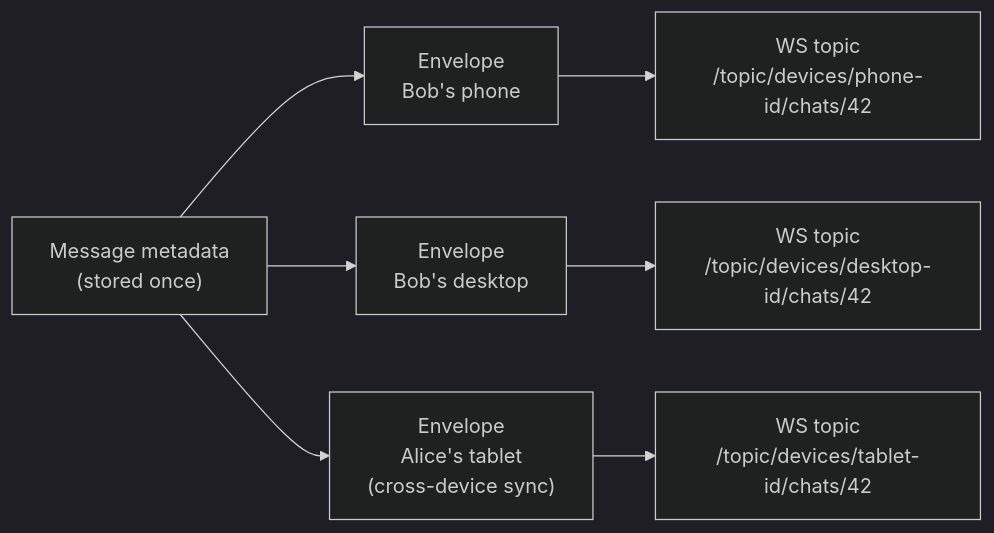
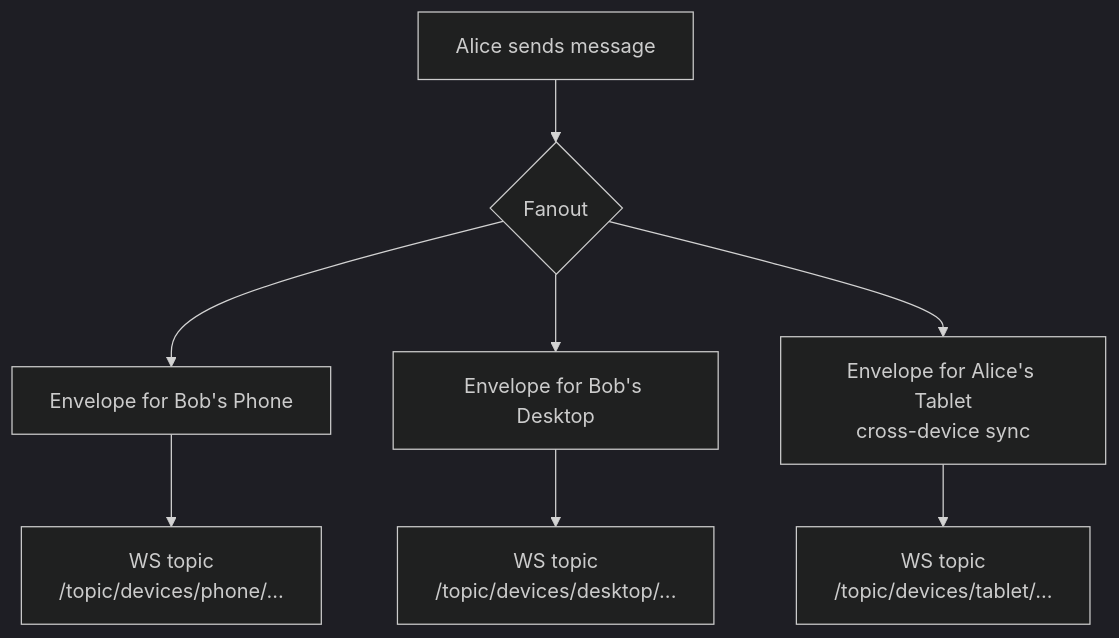
Before and after one commit to vaazhen/chaos-e2ee-messenger: the fourth of 4 diagrams in README.md, drawn with Mermaid (dark theme). The commit also changed other lines of this file and 1 other file, not shown here.

Commit message:
docs: add Mermaid architecture, E2EE flow, and deployment diagrams to README

````diff
--- a/README.md
+++ b/README.md
@@ -347,10 +322,10 @@
 ```mermaid
-flowchart LR
-    M["Message metadata\n(stored once)"] --> E1["Envelope\nBob's phone"]
-    M --> E2["Envelope\nBob's desktop"]
-    M --> E3["Envelope\nAlice's tablet\n(cross-device sync)"]
-
-    E1 --> WS1["WS topic\n/topic/devices/phone-id/chats/42"]
-    E2 --> WS2["WS topic\n/topic/devices/desktop-id/chats/42"]
-    E3 --> WS3["WS topic\n/topic/devices/tablet-id/chats/42"]
+graph TD
+    A[Alice sends message] --> F{Fanout}
+    F --> E1[Envelope for Bob's Phone]
+    F --> E2[Envelope for Bob's Desktop]
+    F --> E3[Envelope for Alice's Tablet<br/>cross-device sync]
+    E1 --> WS1[WS topic<br/>/topic/devices/phone/...]
+    E2 --> WS2[WS topic<br/>/topic/devices/desktop/...]
+    E3 --> WS3[WS topic<br/>/topic/devices/tablet/...]
 ```
````
